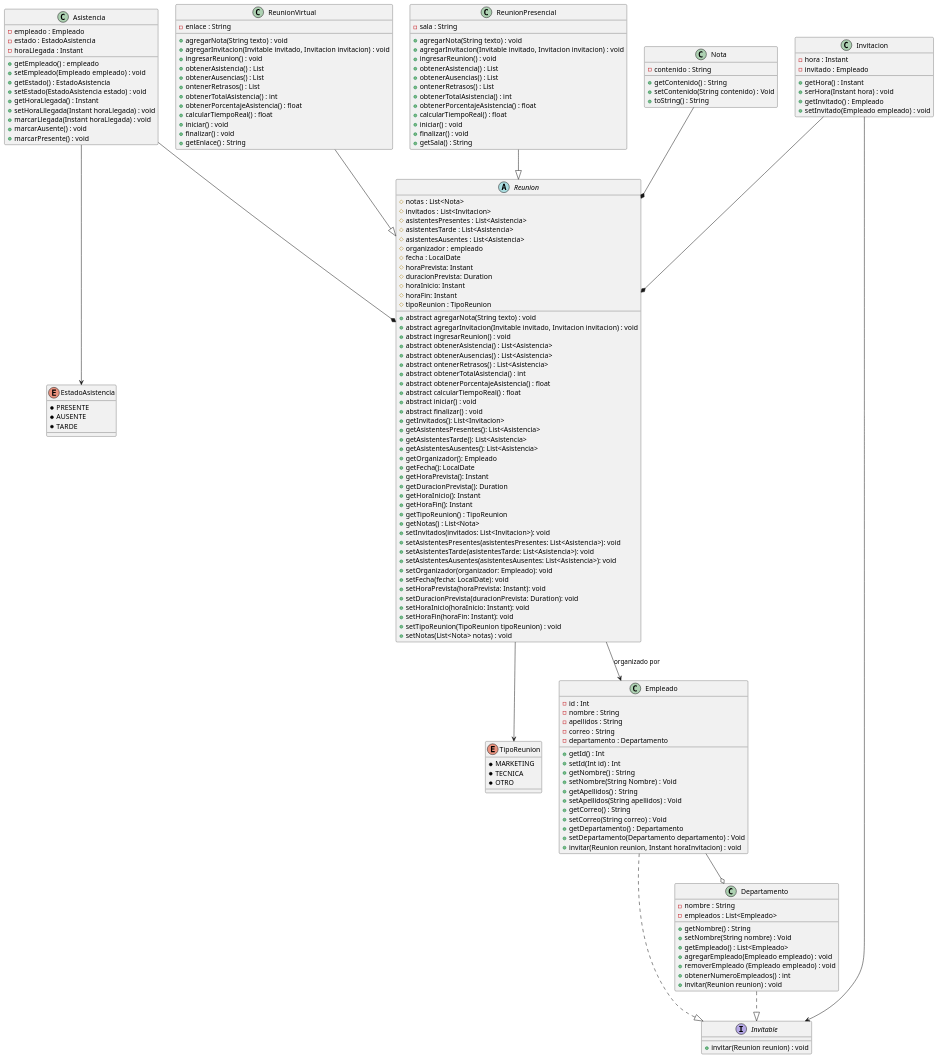
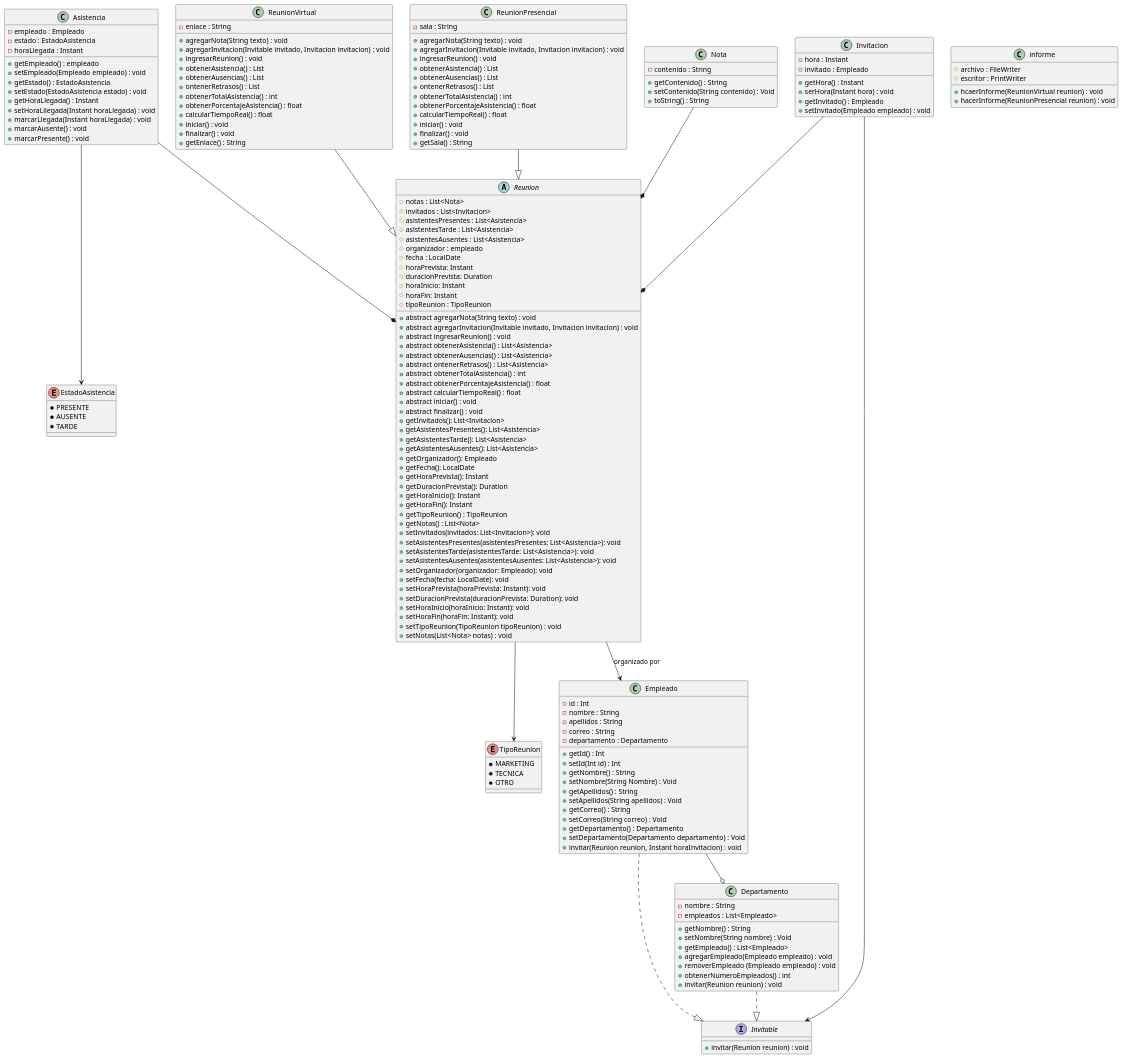
One commit to d-a-t-s/Tarea2 changed the diagram in Diagrama.puml. Above: the diagram before and after it, drawn with PlantUML. The commit also changed 1 other file, not shown here.

Commit message:
Correccion uml

```diff
--- a/Diagrama.puml
+++ b/Diagrama.puml
@@ -1,189 +1,197 @@
 @startuml
 
 abstract class Reunion {
     # notas : List<Nota>
     # invitados : List<Invitacion>
     #asistentesPresentes : List<Asistencia>
     #asistentesTarde : List<Asistencia>
     #asistentesAusentes : List<Asistencia>
     #organizador : empleado
     #fecha : LocalDate
     # horaPrevista: Instant
     # duracionPrevista: Duration
     # horaInicio: Instant
     # horaFin: Instant
     # tipoReunion : TipoReunion
 
     +abstract agregarNota(String texto) : void
     +abstract agregarInvitacion(Invitable invitado, Invitacion invitacion) : void
     +abstract ingresarReunion() : void
     +abstract obtenerAsistencia() : List<Asistencia>
     +abstract obtenerAusencias() : List<Asistencia>
     +abstract ontenerRetrasos() : List<Asistencia>
     +abstract obtenerTotalAsistencia() : int
     +abstract obtenerPorcentajeAsistencia() : float
     +abstract calcularTiempoReal() : float
     +abstract iniciar() : void
     +abstract finalizar() : void
     + getInvitados(): List<Invitacion>
     + getAsistentesPresentes(): List<Asistencia>
     + getAsistentesTarde(): List<Asistencia>
     + getAsistentesAusentes(): List<Asistencia>
     + getOrganizador(): Empleado
     + getFecha(): LocalDate
     + getHoraPrevista(): Instant
     + getDuracionPrevista(): Duration
     + getHoraInicio(): Instant
     + getHoraFin(): Instant
     +getTipoReunion() : TipoReunion
     + getNotas() : List<Nota>
     + setInvitados(invitados: List<Invitacion>): void
     + setAsistentesPresentes(asistentesPresentes: List<Asistencia>): void
     + setAsistentesTarde(asistentesTarde: List<Asistencia>): void
     + setAsistentesAusentes(asistentesAusentes: List<Asistencia>): void
     + setOrganizador(organizador: Empleado): void
     + setFecha(fecha: LocalDate): void
     + setHoraPrevista(horaPrevista: Instant): void
     + setDuracionPrevista(duracionPrevista: Duration): void
     + setHoraInicio(horaInicio: Instant): void
     + setHoraFin(horaFin: Instant): void
     + setTipoReunion(TipoReunion tipoReunion) : void
     + setNotas(List<Nota> notas) : void
+}
+
+class informe {
+    # archivo : FileWriter
+    # escritor : PrintWriter
+
+    + hcaerInforme(ReunionVirtual reunion) : void
+    + hacerInforme(ReunionPresencial reunion) : void
 }
 
 enum TipoReunion {
   * MARKETING
   * TECNICA
   * OTRO
 }
 
 enum EstadoAsistencia {
     * PRESENTE
     * AUSENTE
     * TARDE
 }
 
 class Nota {
   - contenido : String
 
   +getContenido() : String
   +setContenido(String contenido) : Void
   +toString() : String
 }
 
 class Invitacion {
   - hora : Instant
   - invitado : Empleado
 
   +getHora() : Instant
   +serHora(Instant hora) : void
   +getInvitado() : Empleado
   +setInvitado(Empleado empleado) : void
 }
 
 class Asistencia {
     - empleado : Empleado
     - estado : EstadoAsistencia
     - horaLlegada : Instant
 
     + getEmpleado() : empleado
     + setEmpleado(Empleado empleado) : void
     + getEstado() : EstadoAsistencia
     + setEstado(EstadoAsistencia estado) : void
     + getHoraLlegada() : Instant
     + setHoraLllegada(Instant horaLlegada) : void
     + marcarLlegada(Instant horaLlegada) : void
     + marcarAusente() : void
     + marcarPresente() : void
 }
 
 
 interface Invitable {
 
     +invitar(Reunion reunion) : void
 }
 
 class ReunionVirtual {
     - enlace : String
 
     + agregarNota(String texto) : void
     + agregarInvitacion(Invitable invitado, Invitacion invitacion) : void
     + ingresarReunion() : void
     + obtenerAsistencia() : List
     + obtenerAusencias() : List
     + ontenerRetrasos() : List
     + obtenerTotalAsistencia() : int
     + obtenerPorcentajeAsistencia() : float
     + calcularTiempoReal() : float
     + iniciar() : void
     + finalizar() : void
     +getEnlace() : String
 
 }
 
 class ReunionPresencial {
     - sala : String
 
     + agregarNota(String texto) : void
     + agregarInvitacion(Invitable invitado, Invitacion invitacion) : void
     + ingresarReunion() : void
     + obtenerAsistencia() : List
     + obtenerAusencias() : List
     + ontenerRetrasos() : List
     + obtenerTotalAsistencia() : int
     + obtenerPorcentajeAsistencia() : float
     + calcularTiempoReal() : float
     + iniciar() : void
     + finalizar() : void
     + getSala() : String
 }
 
 class Empleado {
     - id : Int
     - nombre : String
     - apellidos : String
     - correo : String
     - departamento : Departamento
 
     +getId() : Int
     +setId(Int id) : Int
     +getNombre() : String
     +setNombre(String Nombre) : Void
     +getApellidos() : String
     +setApellidos(String apellidos) : Void
     +getCorreo() : String
     +setCorreo(String correo) : Void
     +getDepartamento() : Departamento
     +setDepartamento(Departamento departamento) : Void
     +invitar(Reunion reunion, Instant horaInvitacion) : void
 
 
 }
 
 class Departamento {
     - nombre : String
     - empleados : List<Empleado>
 
     +getNombre() : String
     +setNombre(String nombre) : Void
     +getEmpleado() : List<Empleado>
     +agregarEmpleado(Empleado empleado) : void
     +removerEmpleado (Empleado empleado) : void
     +obtenerNumeroEmpleados() : int
     +invitar(Reunion reunion) : void
 }
 
 Nota --* Reunion
 Asistencia --* Reunion
 Invitacion --* Reunion
 ReunionVirtual --|> Reunion
 ReunionPresencial --|> Reunion
 Reunion --> TipoReunion
 Invitacion --> Invitable
 Reunion  --> Empleado: organizado por
 Empleado --o Departamento
 Empleado ..|> Invitable
 Departamento ..|> Invitable
 Asistencia --> EstadoAsistencia
 
 @enduml
```
